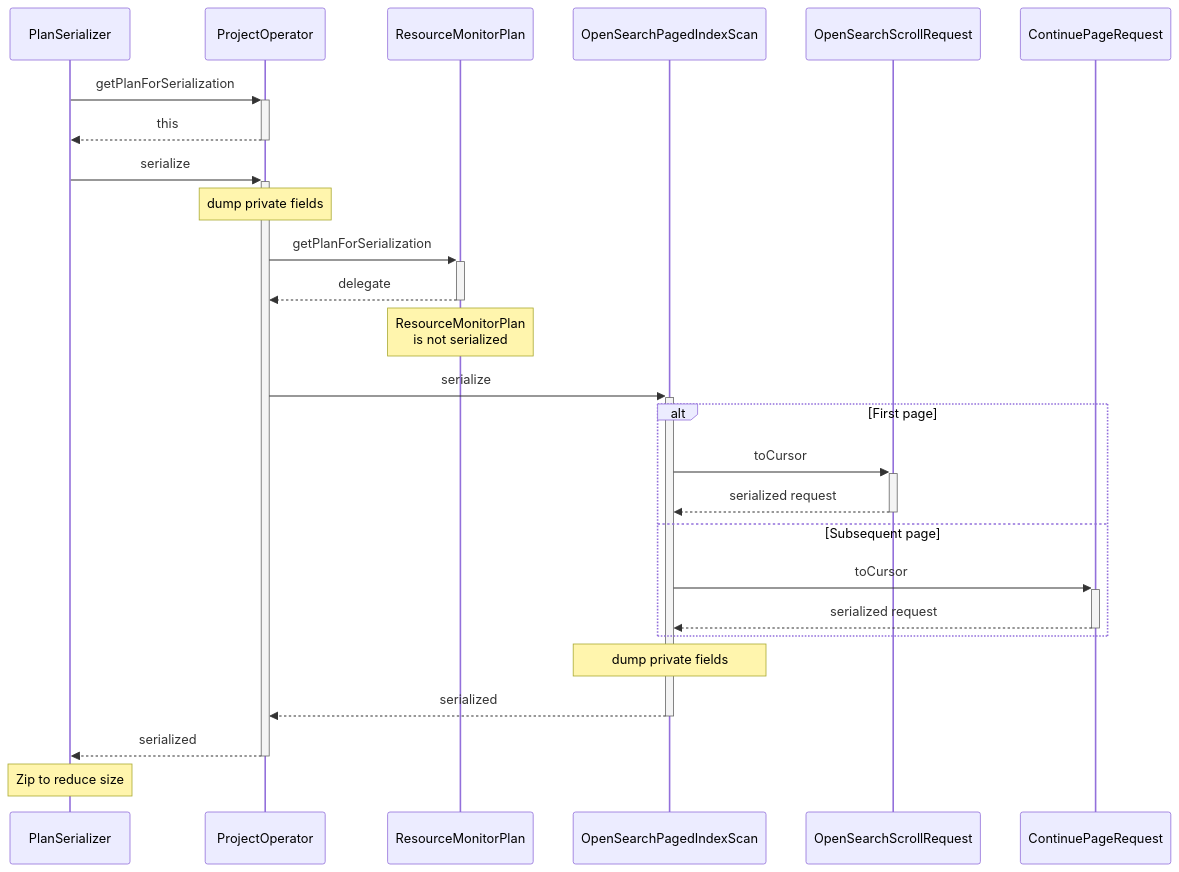
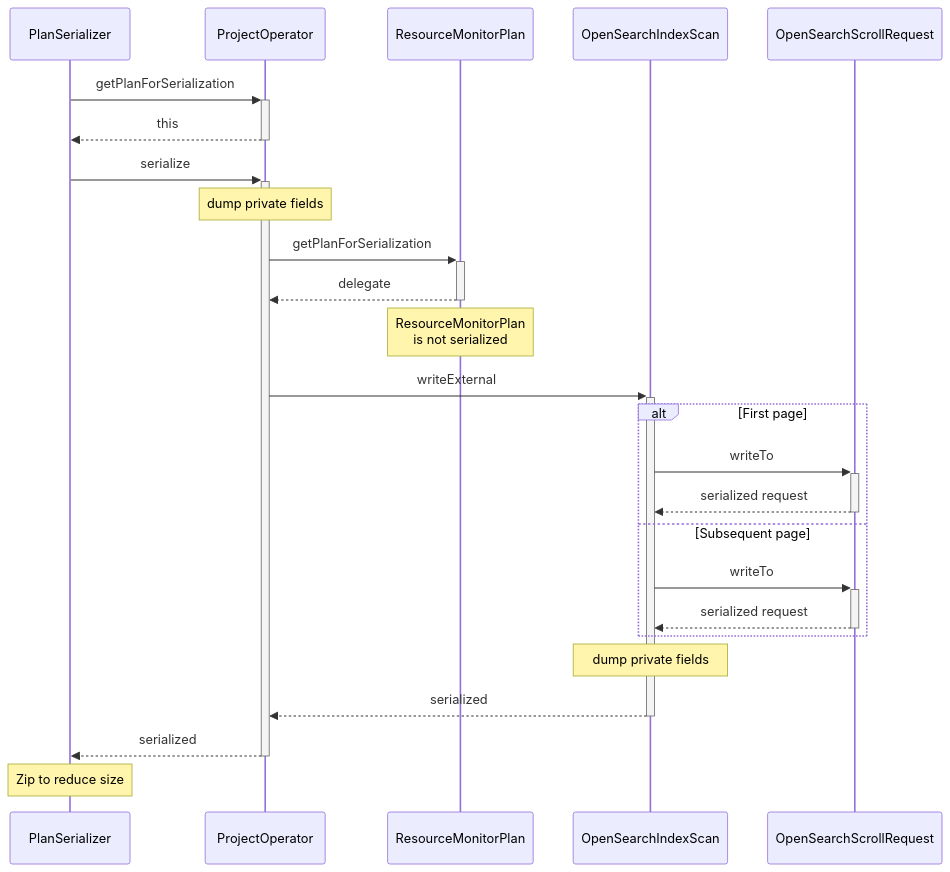
One commit to opensearch-project/sql changed diagram 16 of 18 in docs/dev/Pagination-v2.md. Above: the diagram before and after it, drawn with Mermaid. The commit also changed other lines of this file, not shown here.

````diff
--- a/docs/dev/Pagination-v2.md
+++ b/docs/dev/Pagination-v2.md
@@ -646,29 +596,29 @@
 ```mermaid
 sequenceDiagram
     participant PlanSerializer
     participant ProjectOperator
     participant ResourceMonitorPlan
-    participant OpenSearchPagedIndexScan
+    participant OpenSearchIndexScan
     participant OpenSearchScrollRequest
-    participant ContinuePageRequest
+    participant OpenSearchScrollRequest
 
 PlanSerializer ->>+ ProjectOperator : getPlanForSerialization
   ProjectOperator -->>- PlanSerializer : this
 PlanSerializer ->>+ ProjectOperator : serialize
   Note over ProjectOperator : dump private fields
   ProjectOperator ->>+ ResourceMonitorPlan : getPlanForSerialization
     ResourceMonitorPlan -->>- ProjectOperator : delegate
   Note over ResourceMonitorPlan : ResourceMonitorPlan<br />is not serialized
-  ProjectOperator ->>+ OpenSearchPagedIndexScan : serialize
+  ProjectOperator ->>+ OpenSearchIndexScan : writeExternal
     alt First page
-      OpenSearchPagedIndexScan ->>+ OpenSearchScrollRequest : toCursor
-        OpenSearchScrollRequest -->>- OpenSearchPagedIndexScan : serialized request
+      OpenSearchIndexScan ->>+ OpenSearchScrollRequest : writeTo
+        OpenSearchScrollRequest -->>- OpenSearchIndexScan : serialized request
     else Subsequent page
-      OpenSearchPagedIndexScan ->>+ ContinuePageRequest : toCursor
-        ContinuePageRequest -->>- OpenSearchPagedIndexScan : serialized request
+      OpenSearchIndexScan ->>+ OpenSearchScrollRequest : writeTo
+        OpenSearchScrollRequest -->>- OpenSearchIndexScan : serialized request
     end
-    Note over OpenSearchPagedIndexScan : dump private fields
-    OpenSearchPagedIndexScan -->>- ProjectOperator : serialized
+    Note over OpenSearchIndexScan : dump private fields
+    OpenSearchIndexScan -->>- ProjectOperator : serialized
   ProjectOperator -->>- PlanSerializer : serialized
 Note over PlanSerializer : Zip to reduce size
 ```
````
